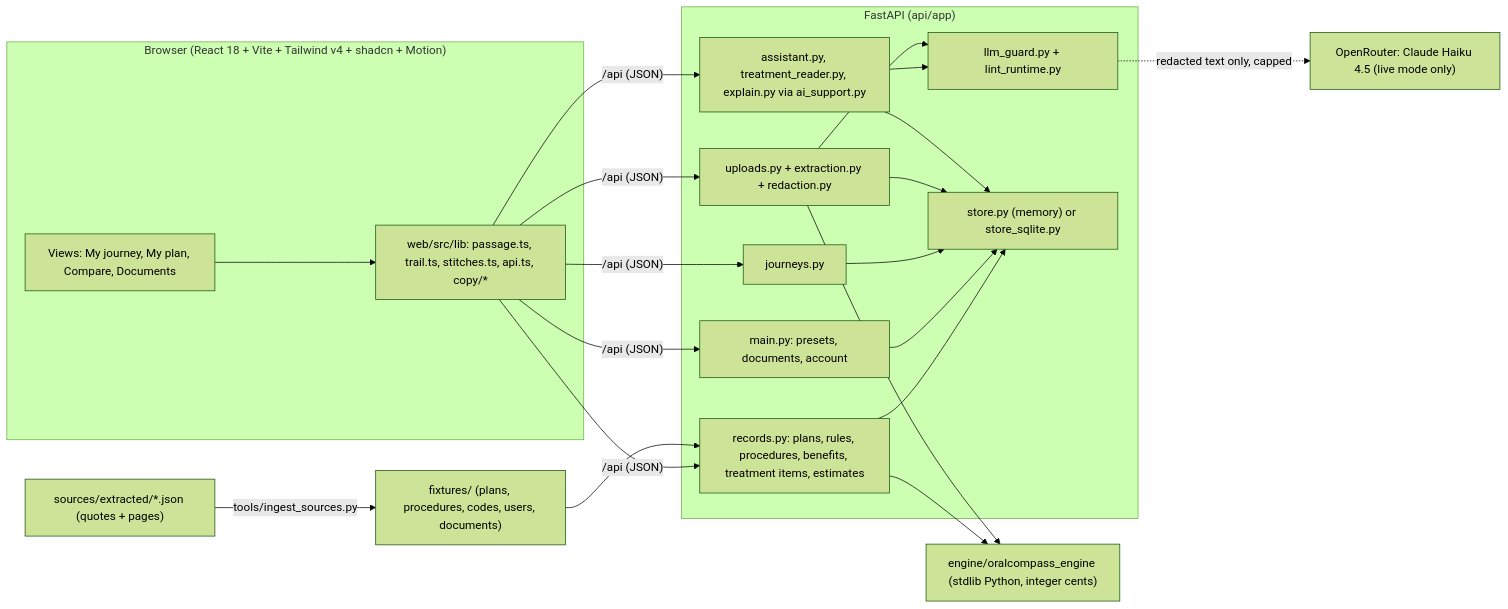
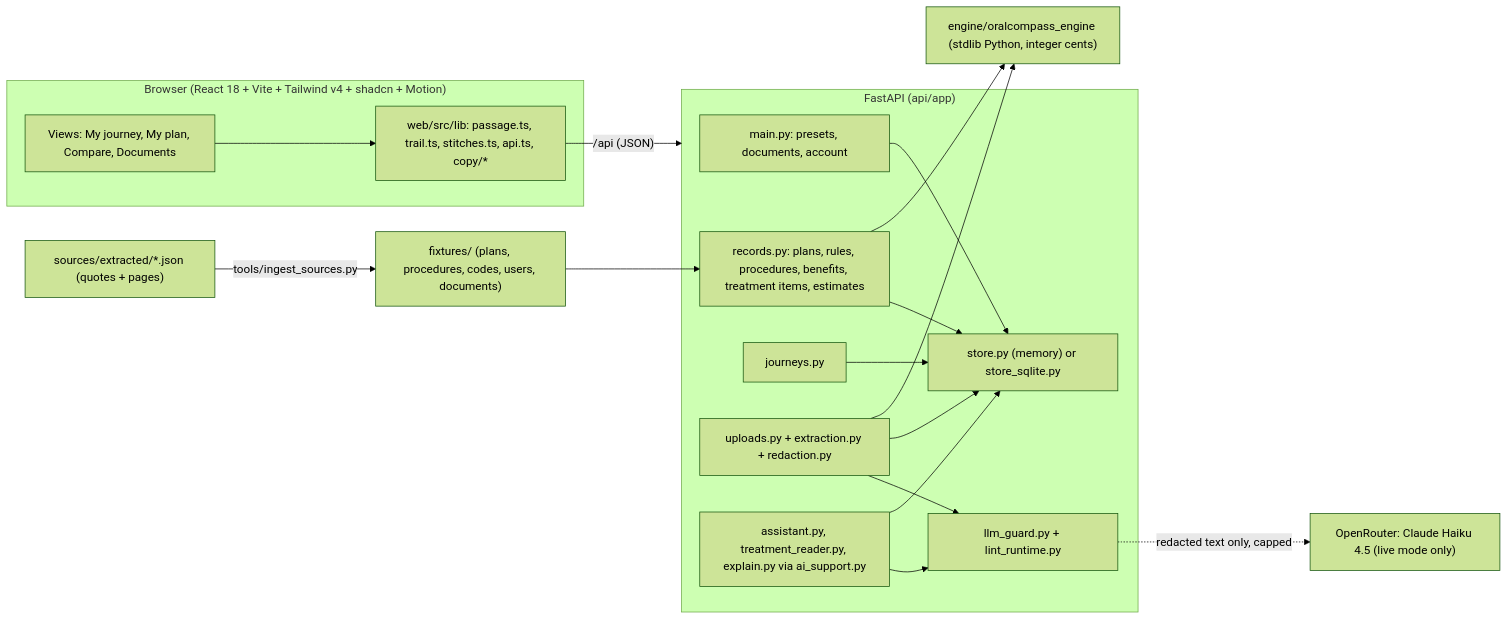
One commit to ashrit725-beep/oralcompass changed the first of 7 diagrams in docs/ARCHITECTURE.md. Above: the diagram before and after it, drawn with Mermaid (forest theme).

Commit message:
docs: architecture system diagram edge targets the API subgraph

````diff
--- a/docs/ARCHITECTURE.md
+++ b/docs/ARCHITECTURE.md
@@ -9,31 +9,31 @@
 ```mermaid
 flowchart LR
   subgraph Browser["Browser (React 18 + Vite + Tailwind v4 + shadcn + Motion)"]
     Views["Views: My journey, My plan, Compare, Documents"]
     Lib["web/src/lib: passage.ts, trail.ts, stitches.ts, api.ts, copy/*"]
     Views --> Lib
   end
   subgraph API["FastAPI (api/app)"]
     Main["main.py: presets, documents, account"]
     Records["records.py: plans, rules, procedures, benefits, treatment items, estimates"]
     Journeys["journeys.py"]
     Uploads["uploads.py + extraction.py + redaction.py"]
     AI["assistant.py, treatment_reader.py, explain.py via ai_support.py"]
     Guard["llm_guard.py + lint_runtime.py"]
     Store["store.py (memory) or store_sqlite.py"]
   end
   Engine["engine/oralcompass_engine (stdlib Python, integer cents)"]
   Fixtures["fixtures/ (plans, procedures, codes, users, documents)"]
   Sources["sources/extracted/*.json (quotes + pages)"]
   LLM["OpenRouter: Claude Haiku 4.5 (live mode only)"]
 
-  Lib -- "/api (JSON)" --> Main & Records & Journeys & Uploads & AI
+  Lib -- "/api (JSON)" --> API
   Records --> Engine
   Uploads --> Engine
   Records & Main & Journeys & Uploads & AI --> Store
   Sources -- "tools/ingest_sources.py" --> Fixtures
   Fixtures --> Records
   AI --> Guard
   Uploads --> Guard
   Guard -. "redacted text only, capped" .-> LLM
 ```
````
